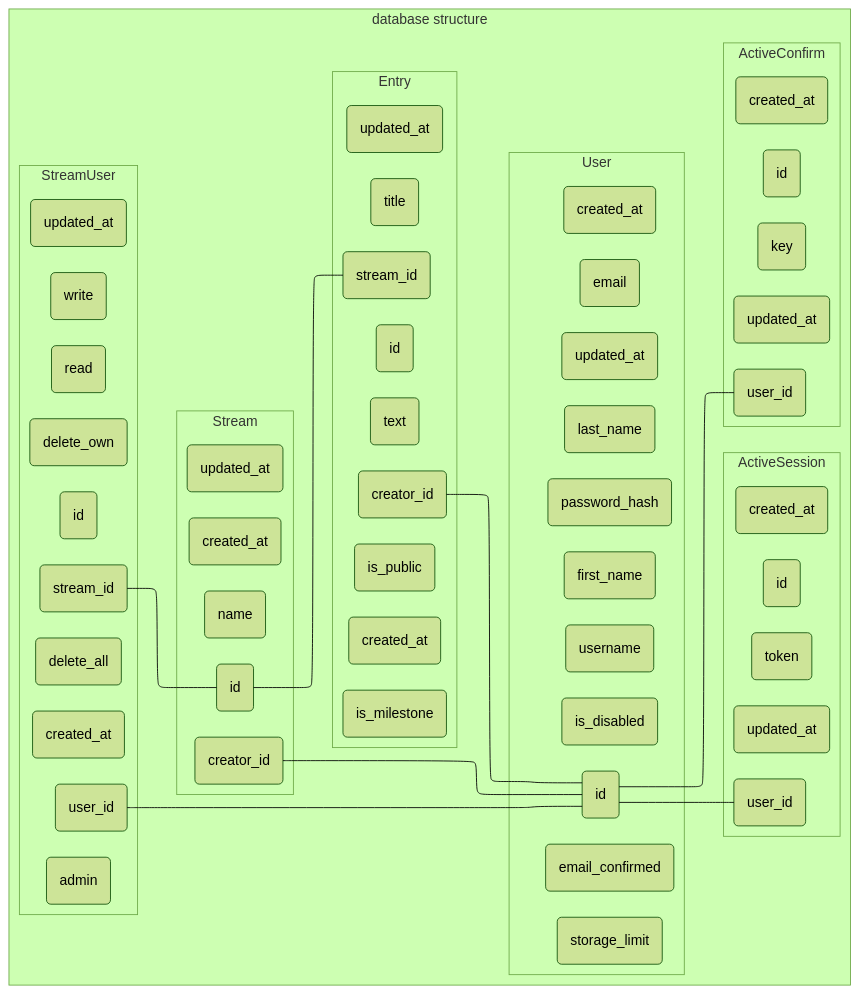
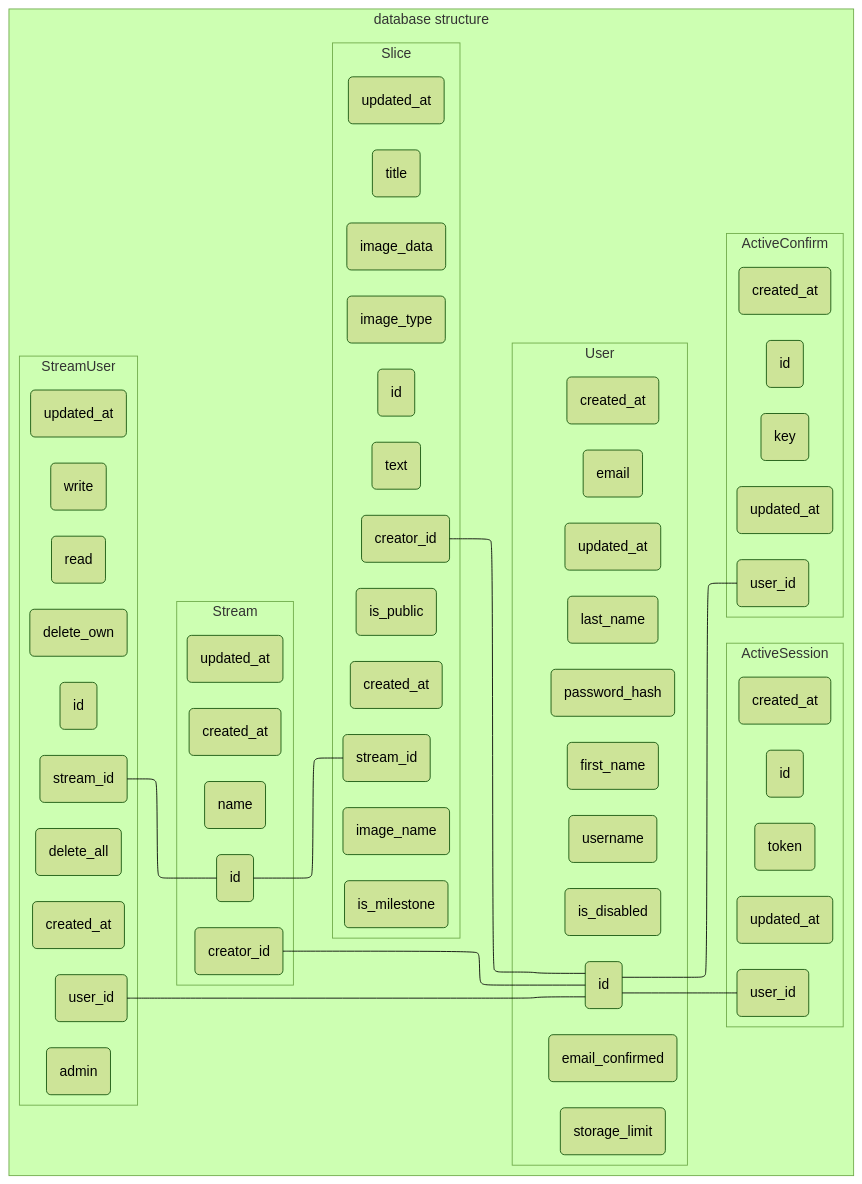
The diagram in DB_GUIDE.md (adam-herrala-bricker/aika), drawn with Mermaid (forest theme) before and after one commit.

````diff
--- a/DB_GUIDE.md
+++ b/DB_GUIDE.md
@@ -4,70 +4,73 @@
 ```mermaid
 %%{init: {"flowchart": {"defaultRenderer": "elk"}} }%%
 flowchart LR
     subgraph database structure
         subgraph User
             U1(id)
             U2(username)
             U3(first_name)
             U4(last_name)
             U5(email)
             U6(password_hash)
             U7(is_disabled)
             U8(storage_limit)
             U9(email_confirmed)
             U10(created_at)
             U11(updated_at)
         end
         subgraph ActiveSession
             AS1(id)
             AS2(user_id)
             AS3(token)
             AS4(created_at)
             AS5(updated_at)
         end
         subgraph Stream
             S1(id)
             S2(creator_id)
             S3(name)
             S4(created_at)
             S5(updated_at)
         end
         subgraph StreamUser
             SU1(id)
             SU2(stream_id)
             SU3(user_id)
             SU4(read)
             SU5(write)
             SU6(delete_own)
             SU7(delete_all)
             SU8(admin)
             SU9(created_at)
             SU10(updated_at)
         end
-        subgraph Entry
-            E1(id)
-            E2(creator_id)
-            E3(stream_id)
-            E4(title)
-            E5(text)
-            E6(is_public)
-            E7(is_milestone)
-            E8(created_at)
-            E9(updated_at)
+        subgraph Slice
+            SL1(id)
+            SL2(creator_id)
+            SL3(stream_id)
+            SL4(title)
+            SL5(text)
+            SL6(is_public)
+            SL7(is_milestone)
+            SL8(created_at)
+            SL9(updated_at)
+            SL10(image_data)
+            SL11(image_name)
+            SL12(image_type)
         end
         subgraph ActiveConfirm
             AC1(id)
             AC2(user_id)
             AC3(key)
             AC4(created_at)
             AC5(updated_at)
         end
     end
     U1---AS2
     SU3---U1
     S2---U1
     SU2---S1
-    S1---E3
-    E2---U1
+    S1---SL3
+    SL2---U1
     U1---AC2
 ```
````
